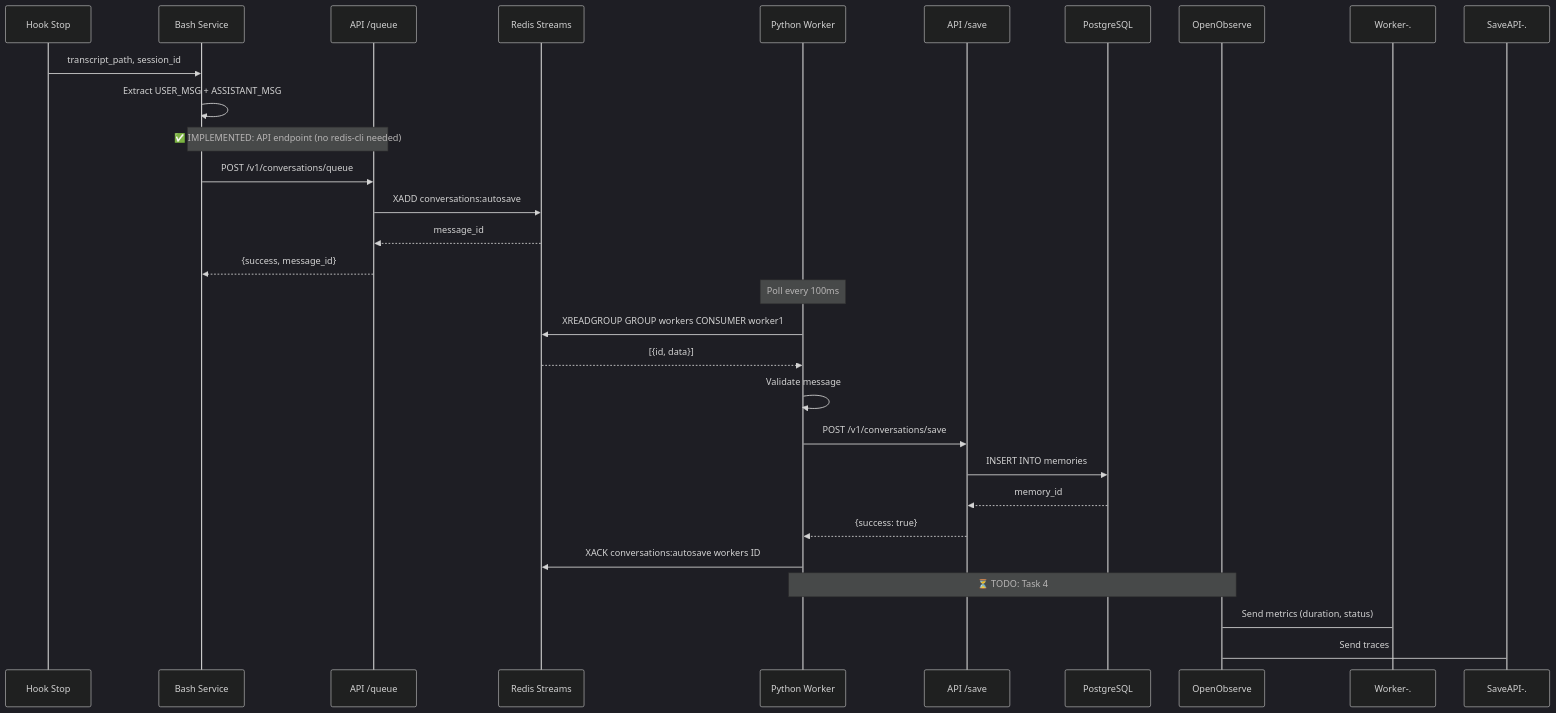
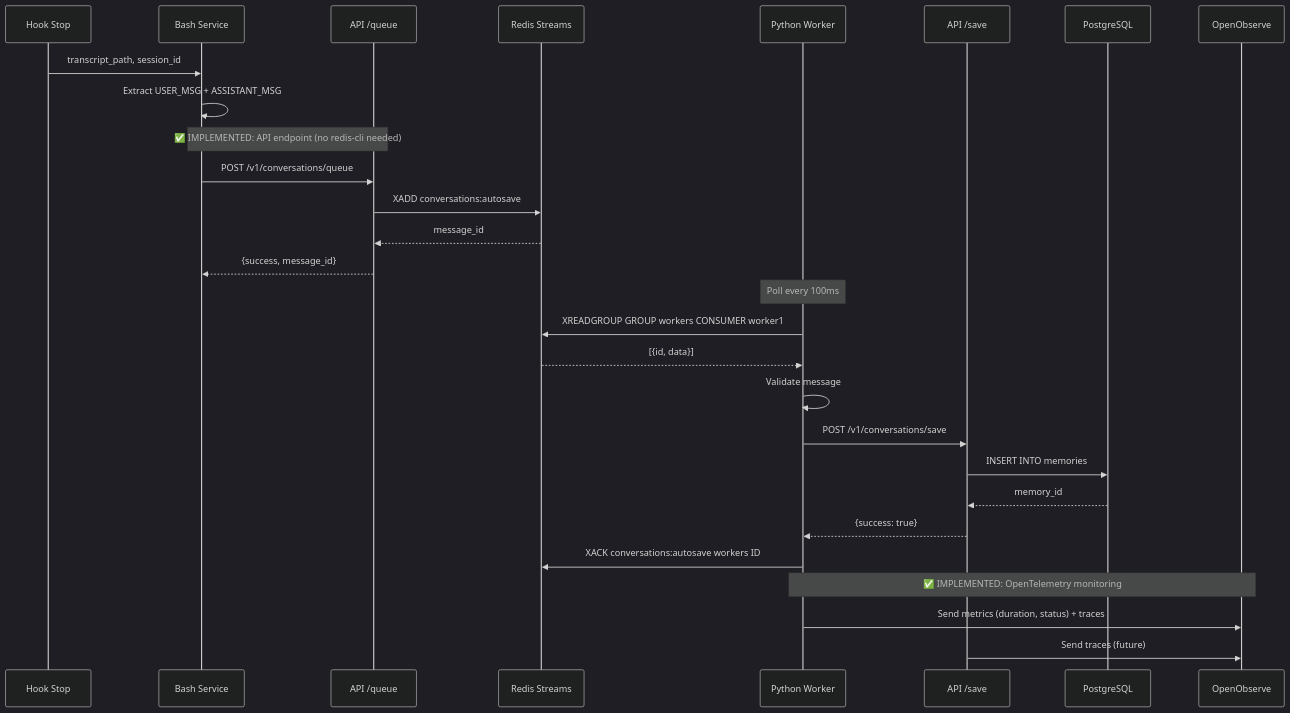
Before and after one commit to giak/mnemo-lite: the second of 5 diagrams in docs/plans/2025-11-12-autosave-reliability-queue.md, drawn with Mermaid (dark theme). The commit also changed other lines of this file, not shown here.

First line of the commit message:
docs(TASK-4): Update plan with latest verification results and diagrams

````diff
--- a/docs/plans/2025-11-12-autosave-reliability-queue.md
+++ b/docs/plans/2025-11-12-autosave-reliability-queue.md
@@ -171,35 +177,35 @@
 ```mermaid
 sequenceDiagram
     participant Hook as Hook Stop
     participant Service as Bash Service
     participant QueueAPI as API /queue
     participant Redis as Redis Streams
     participant Worker as Python Worker
     participant SaveAPI as API /save
     participant DB as PostgreSQL
     participant OpenObserve
 
     Hook->>Service: transcript_path, session_id
     Service->>Service: Extract USER_MSG + ASSISTANT_MSG
     Note over Service,QueueAPI: ✅ IMPLEMENTED: API endpoint (no redis-cli needed)
     Service->>QueueAPI: POST /v1/conversations/queue
     QueueAPI->>Redis: XADD conversations:autosave
     Redis-->>QueueAPI: message_id
     QueueAPI-->>Service: {success, message_id}
 
     Note over Worker: Poll every 100ms
     Worker->>Redis: XREADGROUP GROUP workers CONSUMER worker1
     Redis-->>Worker: [{id, data}]
 
     Worker->>Worker: Validate message
     Worker->>SaveAPI: POST /v1/conversations/save
     SaveAPI->>DB: INSERT INTO memories
     DB-->>SaveAPI: memory_id
     SaveAPI-->>Worker: {success: true}
 
     Worker->>Redis: XACK conversations:autosave workers ID
 
-    Note over Worker,OpenObserve: ⏳ TODO: Task 4
-    Worker-.->OpenObserve: Send metrics (duration, status)
-    SaveAPI-.->OpenObserve: Send traces
+    Note over Worker,OpenObserve: ✅ IMPLEMENTED: OpenTelemetry monitoring
+    Worker->>OpenObserve: Send metrics (duration, status) + traces
+    SaveAPI->>OpenObserve: Send traces (future)
 ```
````
